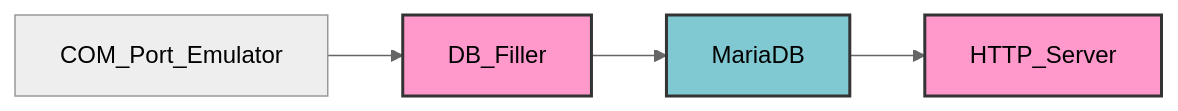
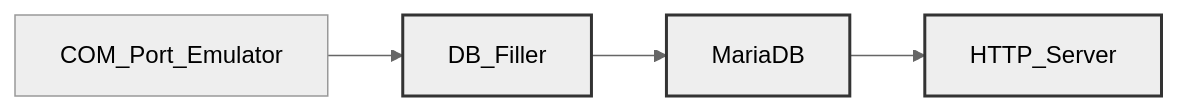
The diagram in README.md (Simoffsky/Operating-System-Labs), drawn with Mermaid (neutral theme) before and after one commit.

Commit message:
Исправление mermaid чарта

````diff
--- a/README.md
+++ b/README.md
@@ -21,12 +21,12 @@
 ```mermaid
 flowchart LR
     COM_Port_Emulator --> DB_Filler
     DB_Filler --> MariaDB
     MariaDB --> HTTP_Server
 
     class DB_Filler,HTTP_Server service
     class MariaDB database
 
-    classDef service fill:#f9c,stroke:#333,stroke-width:2px
-    classDef database fill:#80c9d3,stroke:#333,stroke-width:2px
+    classDef service stroke:#333,stroke-width:2px
+    classDef database stroke:#333,stroke-width:2px
 ```
````
